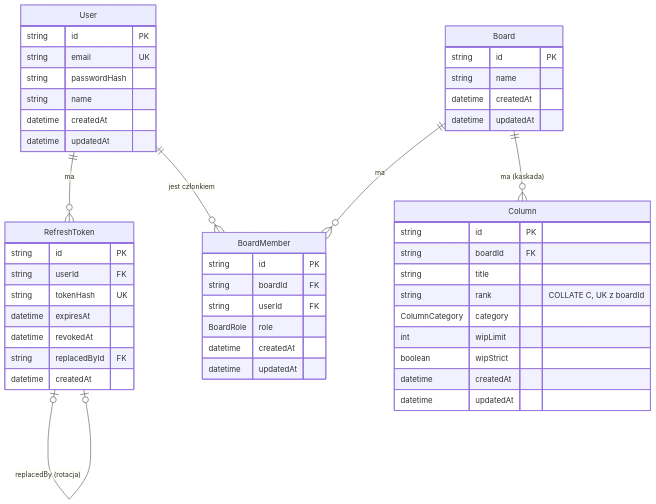
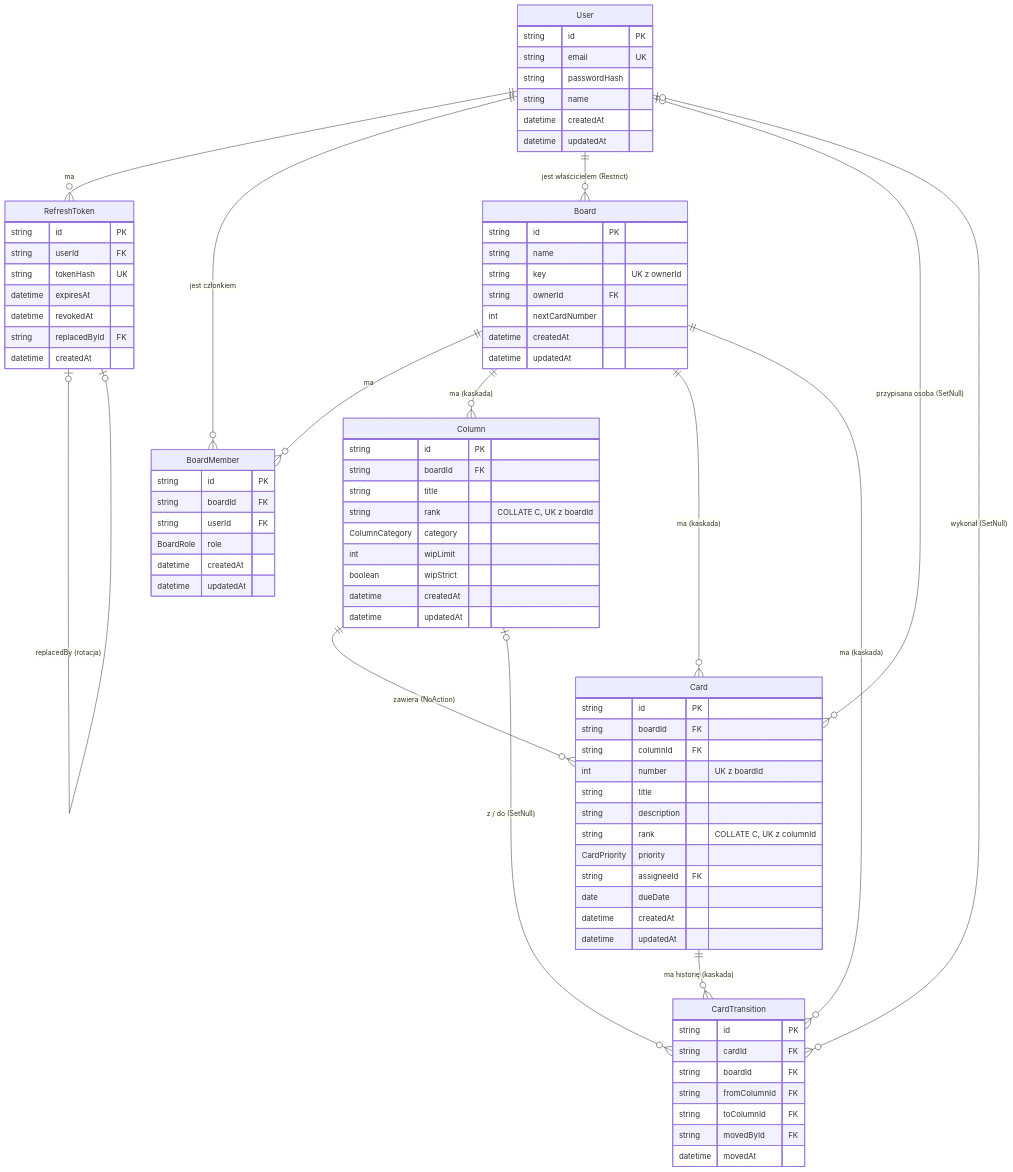
One commit to Zionert/streamline-ai changed the diagram in docs/DATABASE.md. Above: the diagram before and after it, drawn with Mermaid. The commit also changed other lines of this file and 10 other files, not shown here.

````diff
--- a/docs/DATABASE.md
+++ b/docs/DATABASE.md
@@ -10,6 +10,14 @@
   User ||--o{ BoardMember : "jest członkiem"
   Board ||--o{ BoardMember : "ma"
   Board ||--o{ Column : "ma (kaskada)"
+  User ||--o{ Board : "jest właścicielem (Restrict)"
+  Board ||--o{ Card : "ma (kaskada)"
+  Column ||--o{ Card : "zawiera (NoAction)"
+  User |o--o{ Card : "przypisana osoba (SetNull)"
+  Card ||--o{ CardTransition : "ma historię (kaskada)"
+  Board ||--o{ CardTransition : "ma (kaskada)"
+  Column |o--o{ CardTransition : "z / do (SetNull)"
+  User |o--o{ CardTransition : "wykonał (SetNull)"
   User {
     string id PK
     string email UK
@@ -30,6 +38,9 @@
   Board {
     string id PK
     string name
+    string key "UK z ownerId"
+    string ownerId FK
+    int nextCardNumber
     datetime createdAt
     datetime updatedAt
   }
@@ -52,4 +63,27 @@
     datetime createdAt
     datetime updatedAt
   }
+  Card {
+    string id PK
+    string boardId FK
+    string columnId FK
+    int number "UK z boardId"
+    string title
+    string description
+    string rank "COLLATE C, UK z columnId"
+    CardPriority priority
+    string assigneeId FK
+    date dueDate
+    datetime createdAt
+    datetime updatedAt
+  }
+  CardTransition {
+    string id PK
+    string cardId FK
+    string boardId FK
+    string fromColumnId FK
+    string toColumnId FK
+    string movedById FK
+    datetime movedAt
+  }
 ```
````
